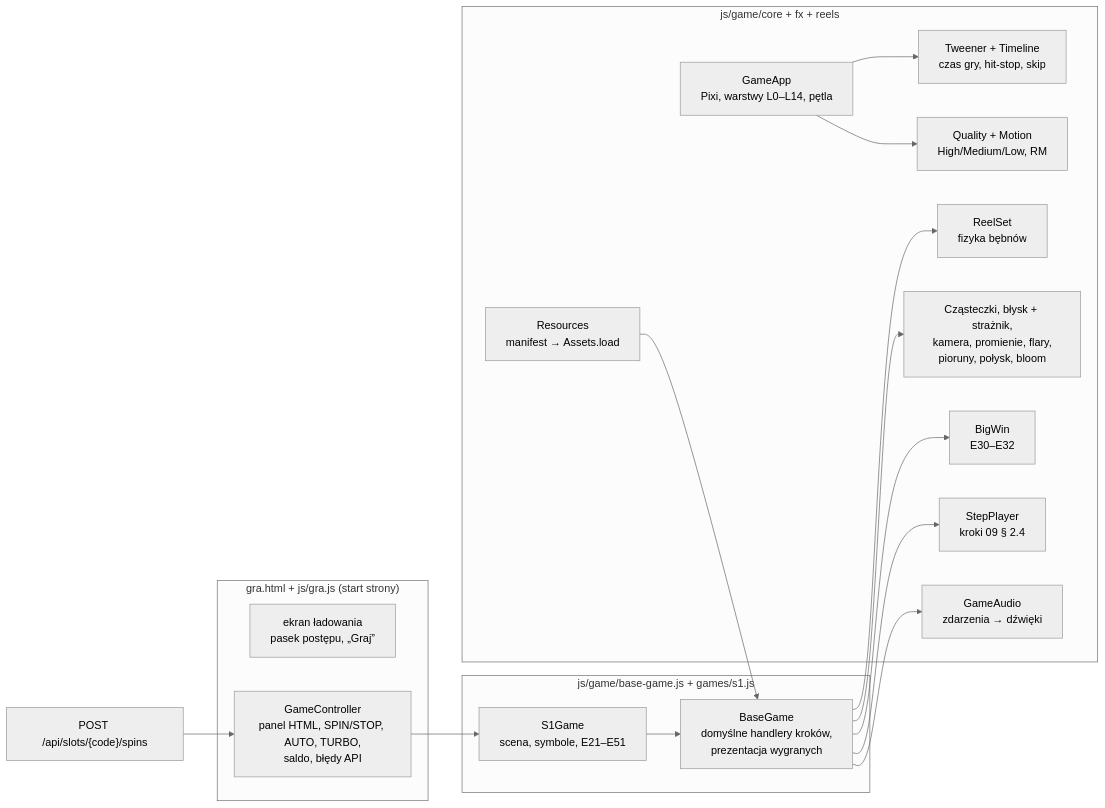
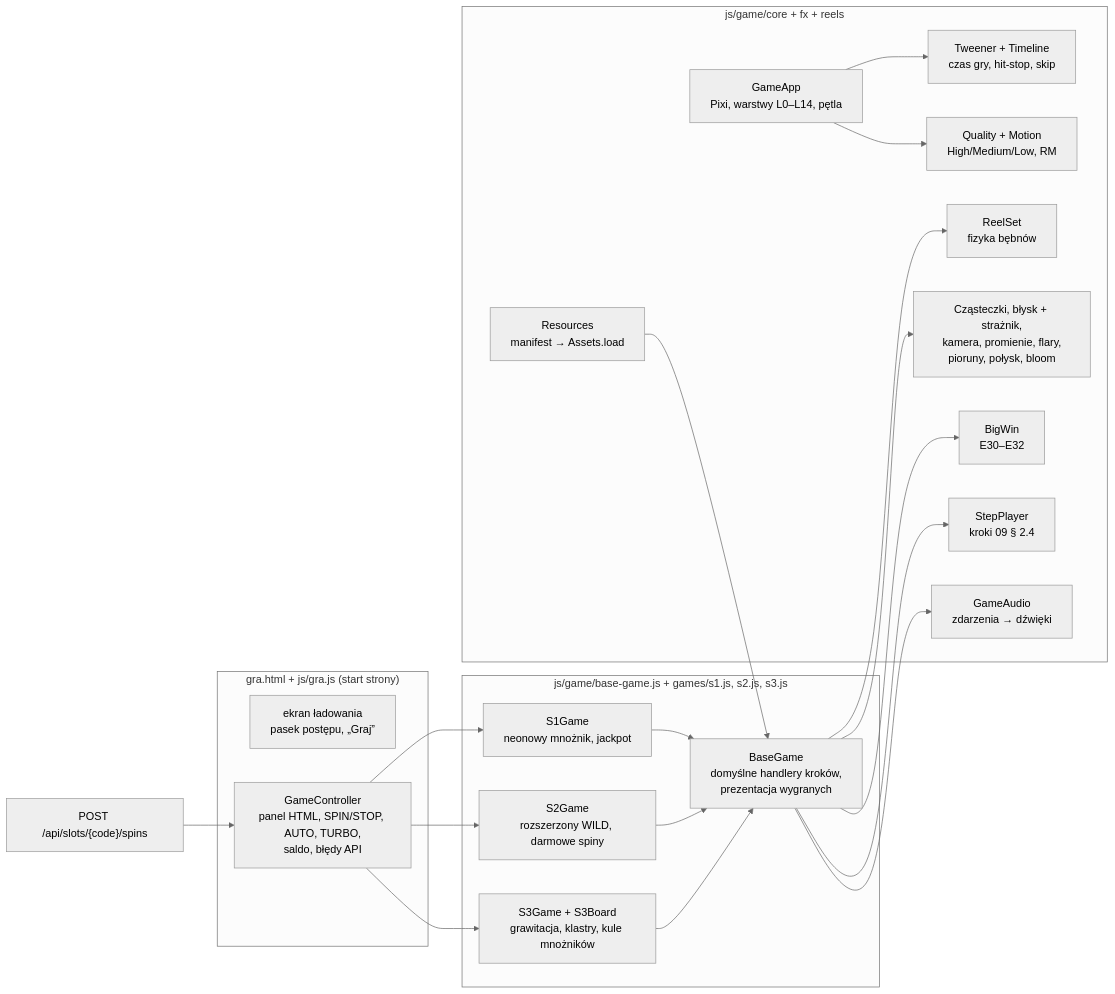
One commit to CasinoPlayer/Symulator-Kasyna changed the diagram in docs/projekt/10-runtime-gier.md. Above: the diagram before and after it, drawn with Mermaid (neutral theme). The commit also changed other lines of this file and 46 other files, not shown here.

````diff
--- a/docs/projekt/10-runtime-gier.md
+++ b/docs/projekt/10-runtime-gier.md
@@ -11,28 +11,30 @@
 ```mermaid
 flowchart LR
   subgraph Strona["gra.html + js/gra.js (start strony)"]
     L["ekran ładowania<br/>pasek postępu, „Graj”"]
     C["GameController<br/>panel HTML, SPIN/STOP, AUTO, TURBO,<br/>saldo, błędy API"]
   end
   subgraph Runtime["js/game/core + fx + reels"]
     A["GameApp<br/>Pixi, warstwy L0–L14, pętla"]
     T["Tweener + Timeline<br/>czas gry, hit-stop, skip"]
     Q["Quality + Motion<br/>High/Medium/Low, RM"]
     R["Resources<br/>manifest → Assets.load"]
     RS["ReelSet<br/>fizyka bębnów"]
     FX["Cząsteczki, błysk + strażnik,<br/>kamera, promienie, flary,<br/>pioruny, połysk, bloom"]
     BW["BigWin<br/>E30–E32"]
     SP["StepPlayer<br/>kroki 09 § 2.4"]
     GA["GameAudio<br/>zdarzenia → dźwięki"]
   end
-  subgraph Gra["js/game/base-game.js + games/s1.js"]
+  subgraph Gra["js/game/base-game.js + games/s1.js, s2.js, s3.js"]
     BG["BaseGame<br/>domyślne handlery kroków,<br/>prezentacja wygranych"]
-    S1["S1Game<br/>scena, symbole, E21–E51"]
+    S1["S1Game<br/>neonowy mnożnik, jackpot"]
+    S2["S2Game<br/>rozszerzony WILD, darmowe spiny"]
+    S3["S3Game + S3Board<br/>grawitacja, klastry, kule mnożników"]
   end
   API["POST /api/slots/{code}/spins"] --> C
-  C --> S1
-  S1 --> BG --> SP
+  C --> S1 & S2 & S3
+  S1 & S2 & S3 --> BG --> SP
   BG --> RS & FX & BW & GA
   A --> T & Q
   R --> BG
 ```
````
